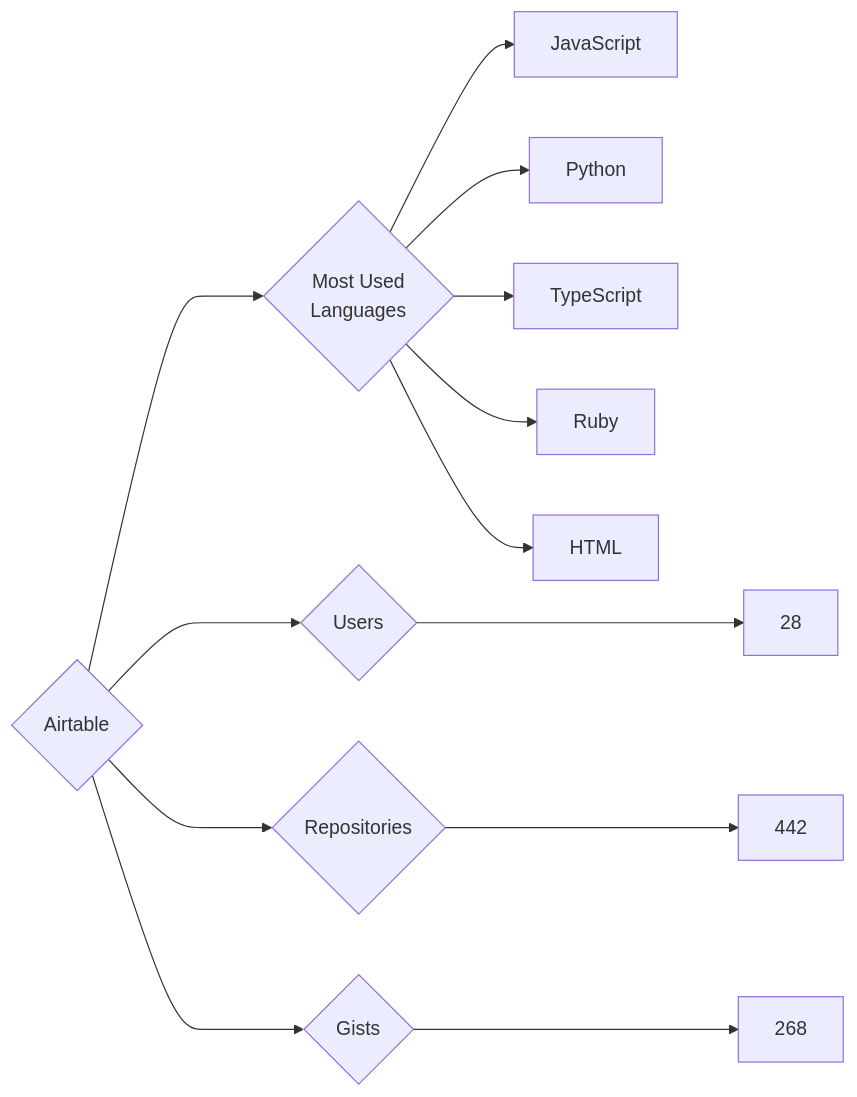
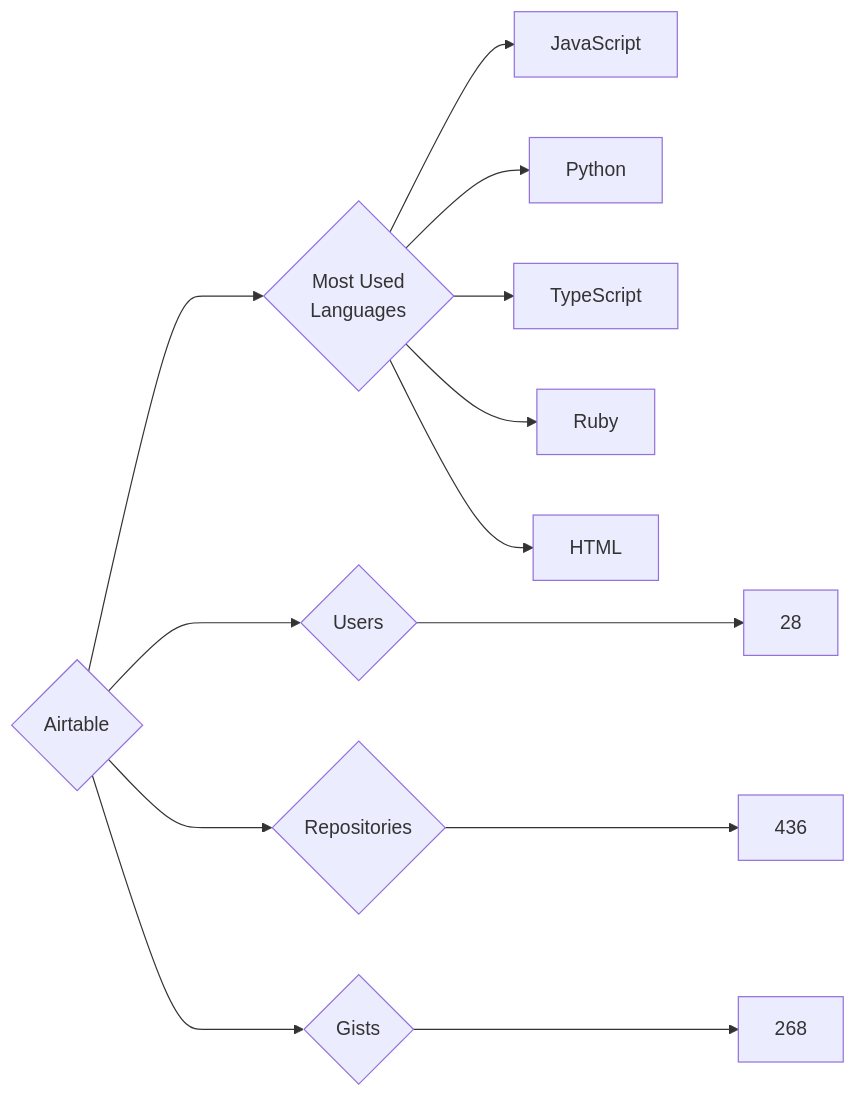
Before and after one commit to trickest/insiders: the diagram in targets/Airtable/README.md, drawn with Mermaid. The commit also changed 681 other files, not shown here.

````diff
--- a/targets/Airtable/README.md
+++ b/targets/Airtable/README.md
@@ -3,13 +3,13 @@
 ```mermaid
 graph LR
 COMPANY_NAME{Airtable}
 COMPANY_NAME ---> U{Users} ---> UN[28]
-COMPANY_NAME ---> R{Repositories} ---> RN[442]
+COMPANY_NAME ---> R{Repositories} ---> RN[436]
 COMPANY_NAME ---> G{Gists} ---> GN[268]
 COMPANY_NAME ---> ML{Most Used<br>Languages}
 ML --> JavaScript[JavaScript]
 ML --> Python[Python]
 ML --> TypeScript[TypeScript]
 ML --> Ruby[Ruby]
 ML --> HTML[HTML]
 ```
````
